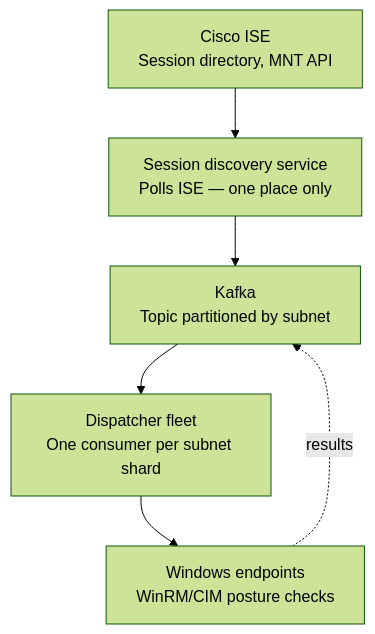
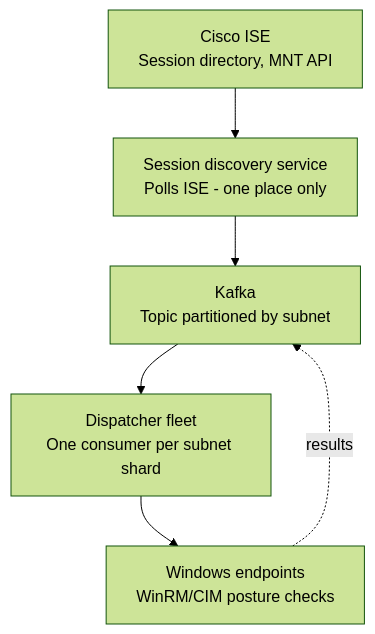
The third of 4 diagrams in Doc/ROADMAP.md (majordevbhargav/Endpoint-Posture-Java), drawn with Mermaid (forest theme) before and after one commit. The commit also changed other lines of this file and 2 other files, not shown here.

````diff
--- a/Doc/ROADMAP.md
+++ b/Doc/ROADMAP.md
@@ -114,8 +114,8 @@
 ```mermaid
 flowchart TD
-    ISE["Cisco ISE<br/>Session directory, MNT API"] --> DISC["Session discovery service<br/>Polls ISE — one place only"]
+    ISE["Cisco ISE<br/>Session directory, MNT API"] --> DISC["Session discovery service<br/>Polls ISE - one place only"]
     DISC --> KF["Kafka<br/>Topic partitioned by subnet"]
     KF --> DF["Dispatcher fleet<br/>One consumer per subnet shard"]
     DF --> EP["Windows endpoints<br/>WinRM/CIM posture checks"]
     EP -. results .-> KF
 ```
````
